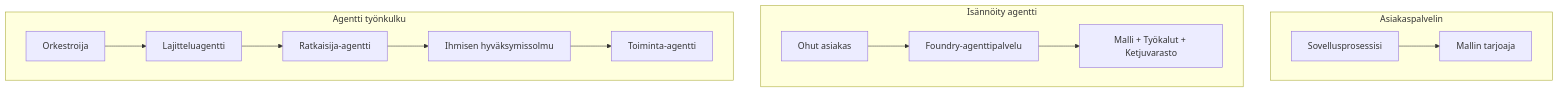
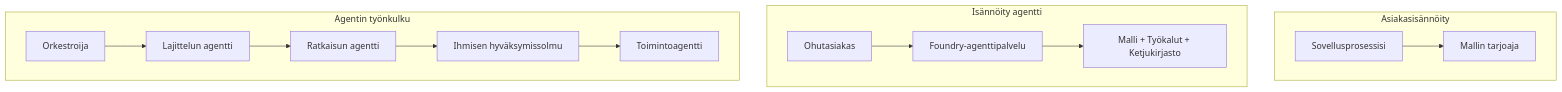
The first of 4 diagrams in mirrors/repos/microsoft@ai-agents-for-beginners/translations/fi/16-deploying-scalable-agents/README.md (gabrielmoreira/agent-skills-mirror), drawn with Mermaid before and after one commit. The commit also changed other lines of this file and 3581 other files, not shown here.

````diff
--- a/mirrors/repos/microsoft@ai-agents-for-beginners/translations/fi/16-deploying-scalable-agents/README.md
+++ b/mirrors/repos/microsoft@ai-agents-for-beginners/translations/fi/16-deploying-scalable-agents/README.md
@@ -87,16 +87,16 @@
 ```mermaid
 flowchart TB
-    subgraph P1[Asiakaspalvelin]
+    subgraph P1[Asiakasisännöity]
         A1[Sovellusprosessisi] --> M1[Mallin tarjoaja]
     end
     subgraph P2[Isännöity agentti]
-        A2[Ohut asiakas] --> F2[Foundry-agenttipalvelu]
-        F2 --> M2[Malli + Työkalut + Ketjuvarasto]
+        A2[Ohutasiakas] --> F2[Foundry-agenttipalvelu]
+        F2 --> M2[Malli + Työkalut + Ketjukirjasto]
     end
-    subgraph P3[Agentti työnkulku]
-        A3[Orkestroija] --> S1[Lajitteluagentti]
-        S1 --> S2[Ratkaisija-agentti]
+    subgraph P3[Agentin työnkulku]
+        A3[Orkestroija] --> S1[Lajittelun agentti]
+        S1 --> S2[Ratkaisun agentti]
         S2 --> H[Ihmisen hyväksymissolmu]
-        H --> S3[Toiminta-agentti]
+        H --> S3[Toimintoagentti]
     end
 ```
````
